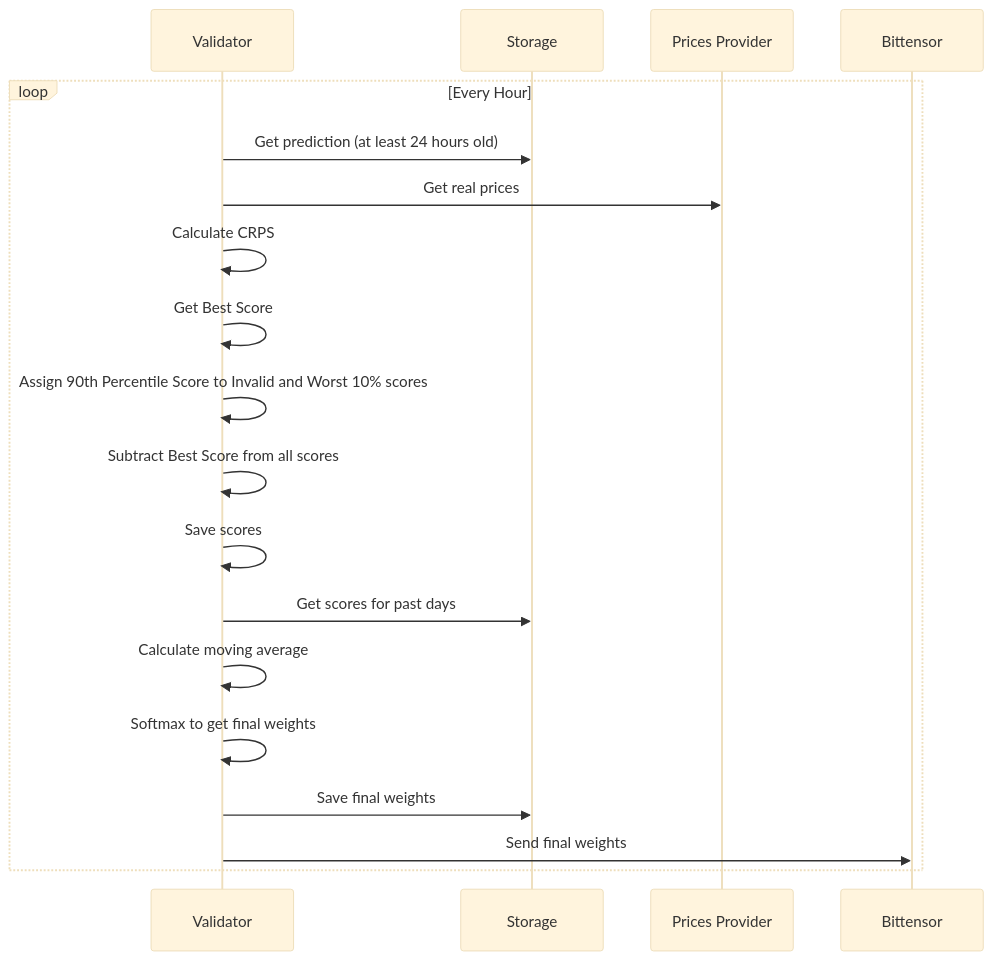
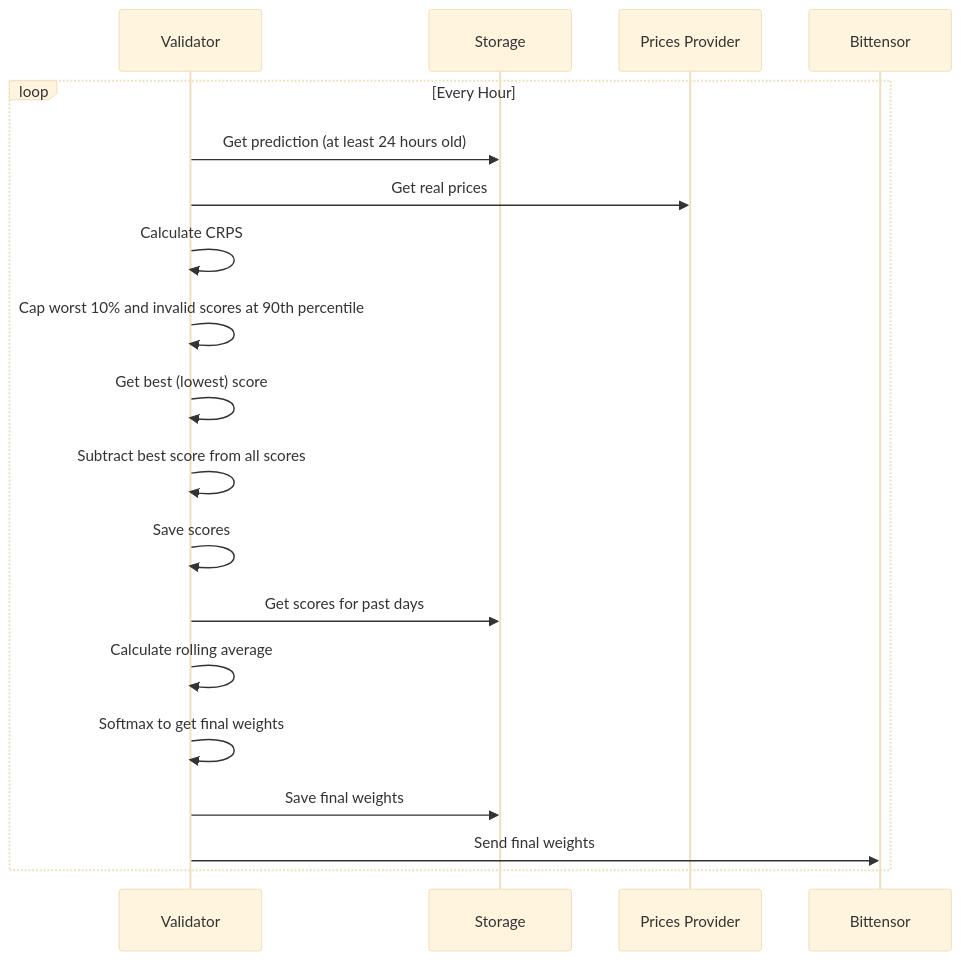
One commit to mode-network/synth-subnet changed the second of 2 diagrams in README.md. Above: the diagram before and after it, drawn with Mermaid (base theme). The commit also changed other lines of this file and 1 other file, not shown here.

````diff
--- a/README.md
+++ b/README.md
@@ -205,22 +212,22 @@
 ```mermaid
 sequenceDiagram
+    participant Validator
+    participant Storage
+    participant PricesProvider as Prices Provider
+    participant Bittensor
+
     loop Every Hour
-        participant Validator
-        participant Storage
-        participant PricesProvider as Prices Provider
-        participant Bittensor
-
         Validator->>Storage: Get prediction (at least 24 hours old)
         Validator->>PricesProvider: Get real prices
         Validator->>Validator: Calculate CRPS
-        Validator->>Validator: Get Best Score
-        Validator->>Validator: Assign 90th Percentile Score to Invalid and Worst 10% scores
-        Validator->>Validator: Subtract Best Score from all scores
+        Validator->>Validator: Cap worst 10% and invalid scores at 90th percentile
+        Validator->>Validator: Get best (lowest) score
+        Validator->>Validator: Subtract best score from all scores
         Validator->>Validator: Save scores
         Validator->>Storage: Get scores for past days
-        Validator->>Validator: Calculate moving average
+        Validator->>Validator: Calculate rolling average
         Validator->>Validator: Softmax to get final weights
         Validator->>Storage: Save final weights
         Validator->>Bittensor: Send final weights
     end
 ```
````
